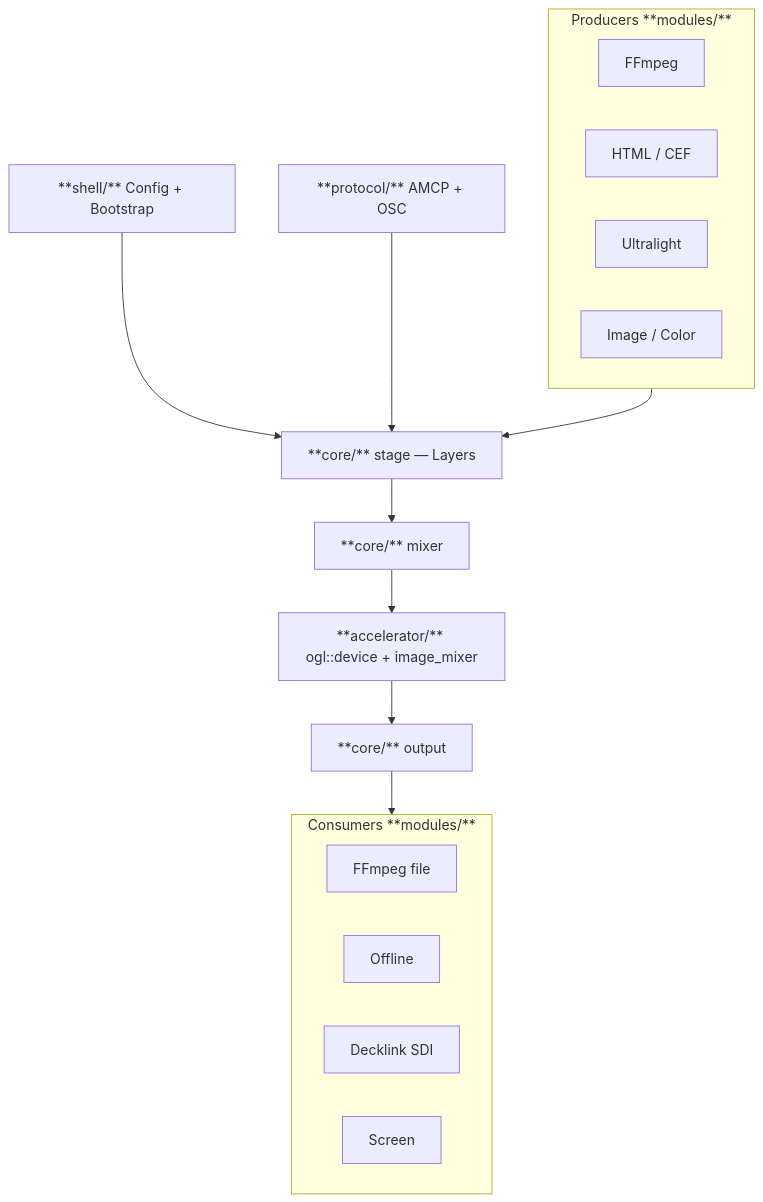
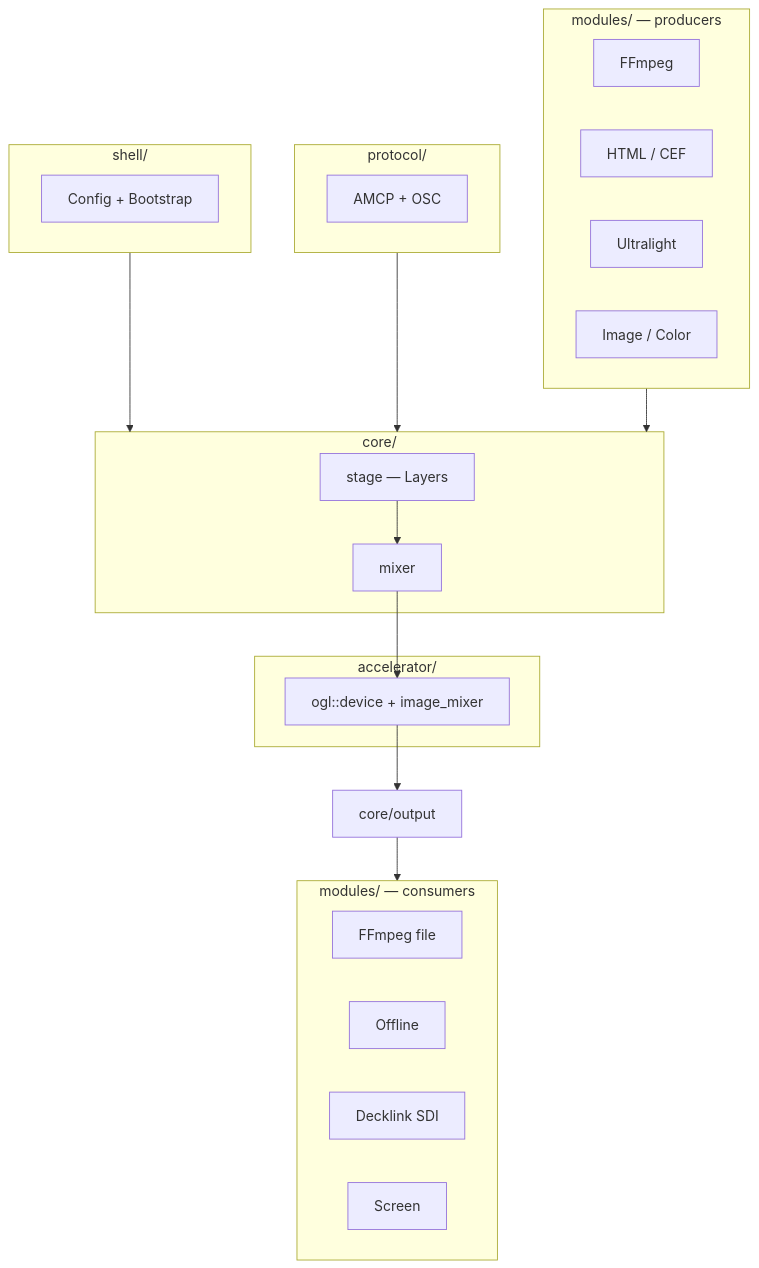
The first of 10 diagrams in docs/architecture.md (den-frie-vilje/casparCG), drawn with Mermaid before and after one commit.

Commit message:
docs: use subgraph boxes for folder names in architecture diagram

````diff
--- a/docs/architecture.md
+++ b/docs/architecture.md
@@ -31,31 +31,41 @@
 ```mermaid
 graph TD
-    SHELL["**shell/** Config + Bootstrap"]
-    AMCP["**protocol/** AMCP + OSC"]
+    subgraph S["shell/"]
+        SHELL[Config + Bootstrap]
+    end
 
-    SHELL --> STAGE
-    AMCP --> STAGE
+    subgraph P["protocol/"]
+        AMCP[AMCP + OSC]
+    end
 
-    subgraph producers["Producers **modules/**"]
+    subgraph MP["modules/ — producers"]
         FFPROD[FFmpeg]
         HTMLPROD[HTML / CEF]
         ULPROD[Ultralight]
         IMGPROD[Image / Color]
     end
 
-    producers --> STAGE
+    S --> C
+    P --> C
+    MP --> C
 
-    STAGE["**core/** stage — Layers"]
-    STAGE --> MIXER["**core/** mixer"]
-    MIXER --> OGL["**accelerator/** ogl::device + image_mixer"]
-    OGL --> OUTPUT["**core/** output"]
+    subgraph C["core/"]
+        STAGE[stage — Layers] --> MIXER[mixer]
+    end
 
-    subgraph consumers["Consumers **modules/**"]
+    subgraph A["accelerator/"]
+        OGL[ogl::device + image_mixer]
+    end
+
+    MIXER --> OGL
+    OGL --> OUTPUT[core/output]
+
+    subgraph MC["modules/ — consumers"]
         FFCONS[FFmpeg file]
         OFFCONS[Offline]
         DECK[Decklink SDI]
         SCREEN[Screen]
     end
 
-    OUTPUT --> consumers
+    OUTPUT --> MC
 ```
````
